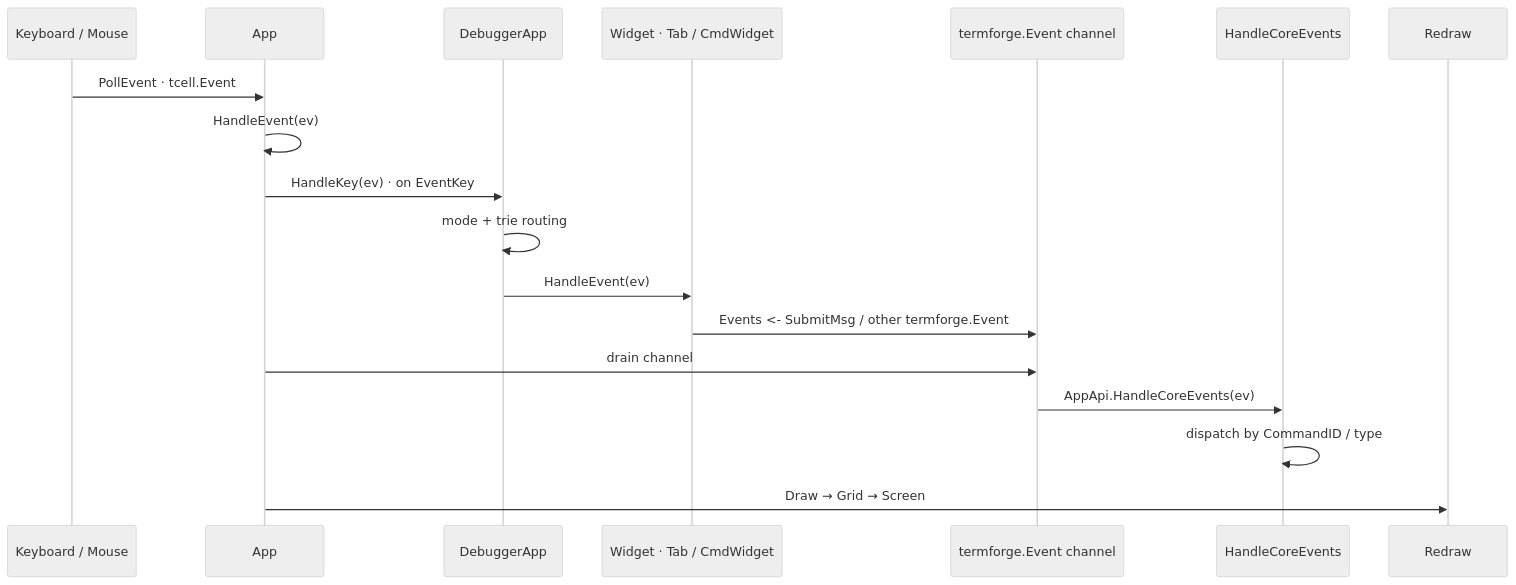
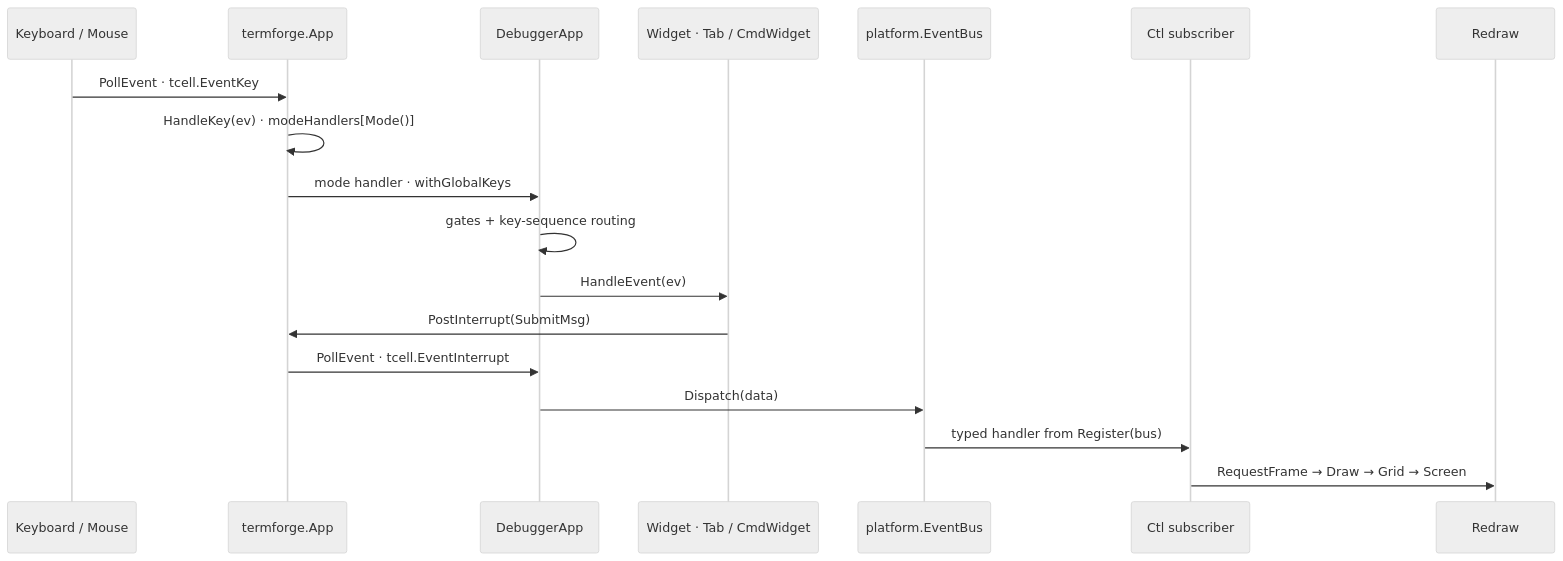
One commit to yairgd/gdbforge changed the sixth of 11 diagrams in docs/ARCHITECTURE.md. Above: the diagram before and after it, drawn with Mermaid (neutral theme). The commit also changed other lines of this file and 18 other files, not shown here.

````diff
--- a/docs/ARCHITECTURE.md
+++ b/docs/ARCHITECTURE.md
@@ -707,21 +742,21 @@
 ```mermaid
 sequenceDiagram
     participant Input as Keyboard / Mouse
-    participant App as App
+    participant App as termforge.App
     participant Dbg as DebuggerApp
     participant Widget as Widget · Tab / CmdWidget
-    participant Bus as termforge.Event channel
-    participant Core as HandleCoreEvents
+    participant Bus as platform.EventBus
+    participant Ctl as Ctl subscriber
     participant Render as Redraw
 
-    Input ->> App: PollEvent · tcell.Event
-    App ->> App: HandleEvent(ev)
-    App ->> Dbg: HandleKey(ev) · on EventKey
-    Dbg ->> Dbg: mode + trie routing
+    Input ->> App: PollEvent · tcell.EventKey
+    App ->> App: HandleKey(ev) · modeHandlers[Mode()]
+    App ->> Dbg: mode handler · withGlobalKeys
+    Dbg ->> Dbg: gates + key-sequence routing
     Dbg ->> Widget: HandleEvent(ev)
-    Widget ->> Bus: Events <- SubmitMsg / other termforge.Event
-    App ->> Bus: drain channel
-    Bus ->> Core: AppApi.HandleCoreEvents(ev)
-    Core ->> Core: dispatch by CommandID / type
-    App ->> Render: Draw → Grid → Screen
+    Widget ->> App: PostInterrupt(SubmitMsg)
+    App ->> Dbg: PollEvent · tcell.EventInterrupt
+    Dbg ->> Bus: Dispatch(data)
+    Bus ->> Ctl: typed handler from Register(bus)
+    Ctl ->> Render: RequestFrame → Draw → Grid → Screen
 ```
````
